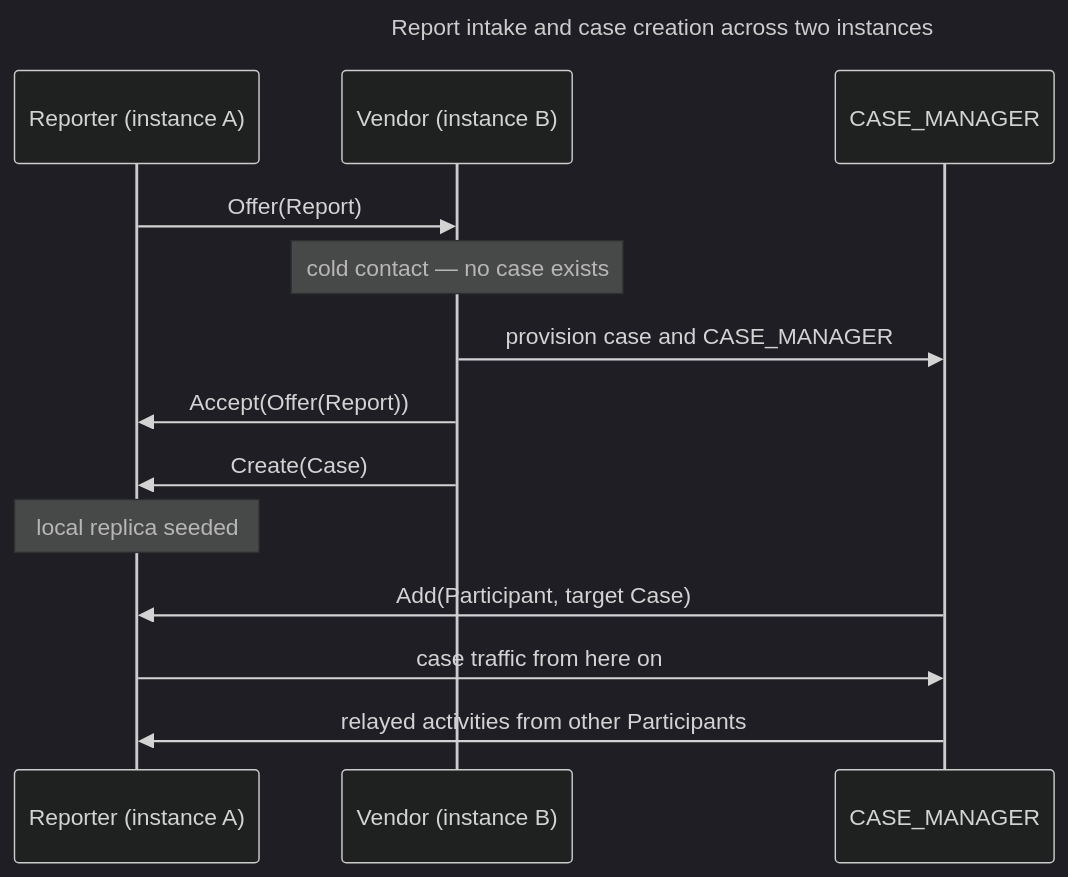
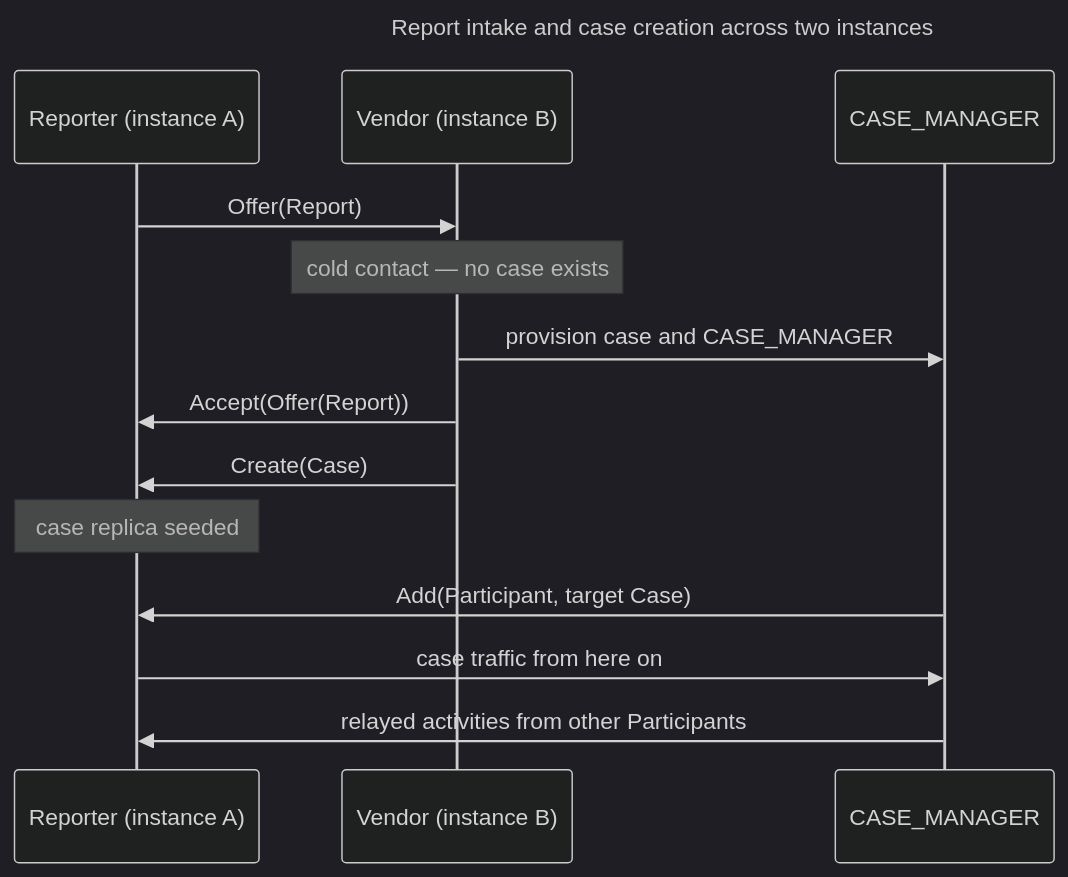
One commit to CERTCC/Vultron changed the second of 2 diagrams in docs/topics/future_work/federation.md. Above: the diagram before and after it, drawn with Mermaid (dark theme). The commit also changed other lines of this file and 2 other files, not shown here.

````diff
--- a/docs/topics/future_work/federation.md
+++ b/docs/topics/future_work/federation.md
@@ -123,18 +123,18 @@
 ```mermaid
 ---
 title: Report intake and case creation across two instances
 ---
 sequenceDiagram
     participant A as Reporter (instance A)
     participant B as Vendor (instance B)
     participant CM as CASE_MANAGER
     A->>B: Offer(Report)
     Note over B: cold contact — no case exists
     B->>CM: provision case and CASE_MANAGER
     B->>A: Accept(Offer(Report))
     B->>A: Create(Case)
-    Note over A: local replica seeded
+    Note over A: case replica seeded
     CM->>A: Add(Participant, target Case)
     A->>CM: case traffic from here on
     CM->>A: relayed activities from other Participants
 ```
````
